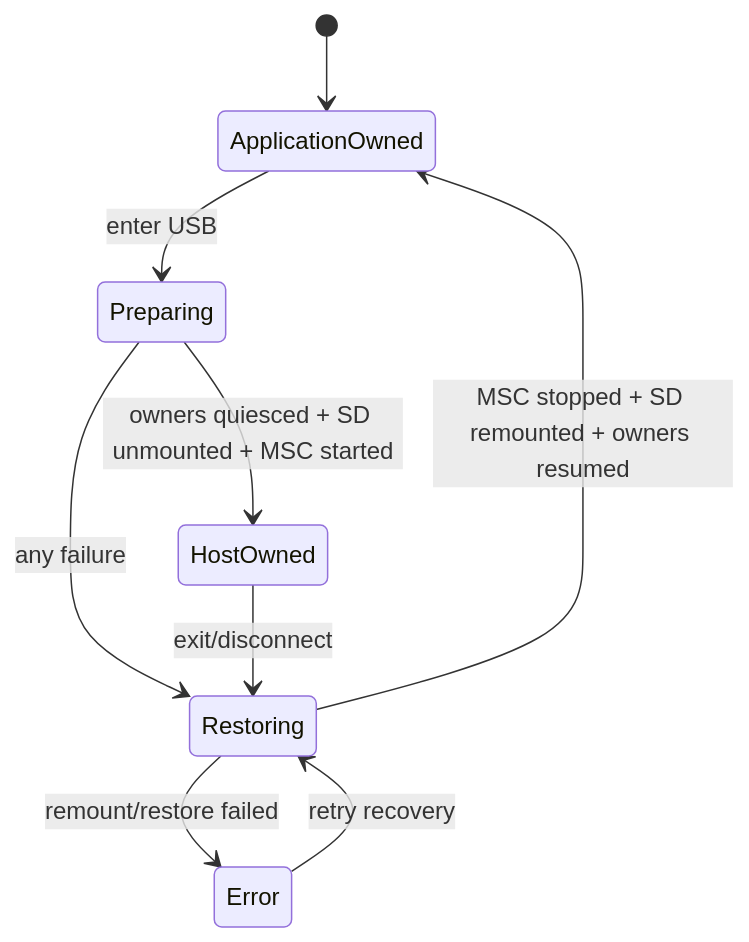
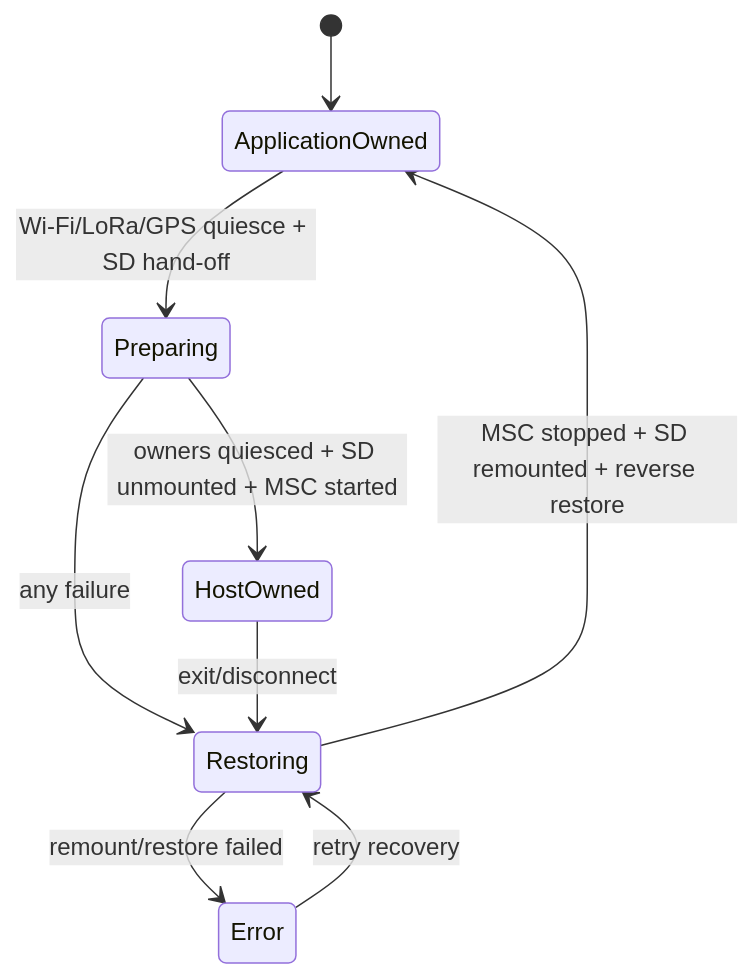
Before and after one commit to manmuqingshan/trail-mate: the diagram in docs/design/use-case-diagrams/expose-usb-storage/state-machines/usb-storage-ownership.md, drawn with Mermaid. The commit also changed other lines of this file and 37 other files, not shown here.

````diff
--- a/docs/design/use-case-diagrams/expose-usb-storage/state-machines/usb-storage-ownership.md
+++ b/docs/design/use-case-diagrams/expose-usb-storage/state-machines/usb-storage-ownership.md
@@ -2,11 +2,11 @@
 ```mermaid
 stateDiagram-v2
   [*] --> ApplicationOwned
-  ApplicationOwned --> Preparing: enter USB
+  ApplicationOwned --> Preparing: Wi-Fi/LoRa/GPS quiesce + SD hand-off
   Preparing --> HostOwned: owners quiesced + SD unmounted + MSC started
   Preparing --> Restoring: any failure
   HostOwned --> Restoring: exit/disconnect
-  Restoring --> ApplicationOwned: MSC stopped + SD remounted + owners resumed
+  Restoring --> ApplicationOwned: MSC stopped + SD remounted + reverse restore
   Restoring --> Error: remount/restore failed
   Error --> Restoring: retry recovery
 ```
````
